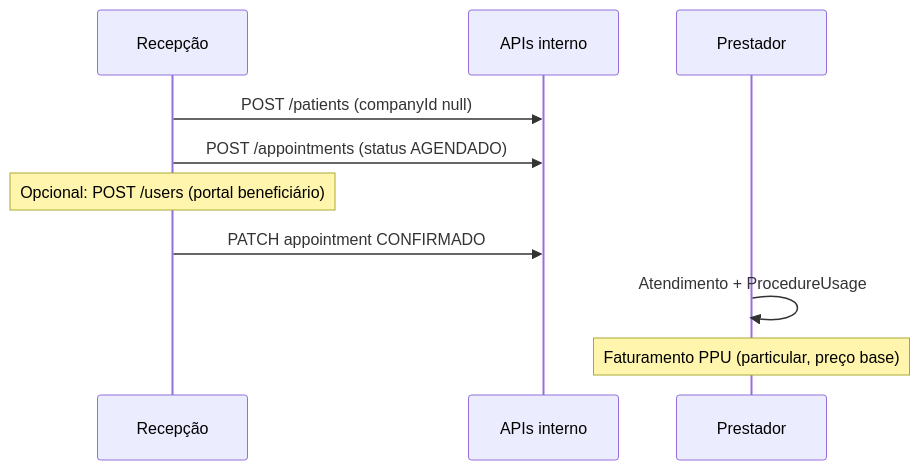
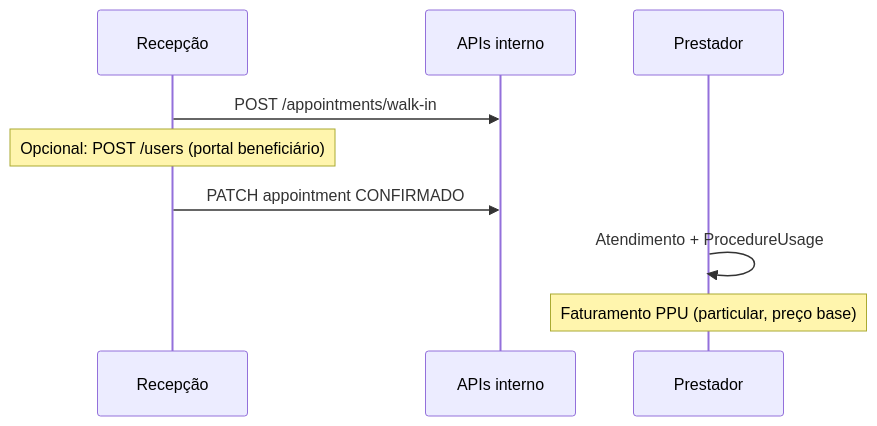
Before and after one commit to Piulres/sistema-bibi: the fifth of 10 diagrams in docs/produto/FLUXOS.md, drawn with Mermaid. The commit also changed other lines of this file and 4 other files, not shown here.

First line of the commit message:
docs: walk-in efêmero no modo demo e API unificada

````diff
--- a/docs/produto/FLUXOS.md
+++ b/docs/produto/FLUXOS.md
@@ -294,13 +294,12 @@
 ```mermaid
 sequenceDiagram
   participant R as Recepção
   participant API as APIs interno
   participant P as Prestador
 
-  R->>API: POST /patients (companyId null)
-  R->>API: POST /appointments (status AGENDADO)
+  R->>API: POST /appointments/walk-in
   Note over R: Opcional: POST /users (portal beneficiário)
   R->>API: PATCH appointment CONFIRMADO
   P->>P: Atendimento + ProcedureUsage
   Note over P: Faturamento PPU (particular, preço base)
 ```
````
